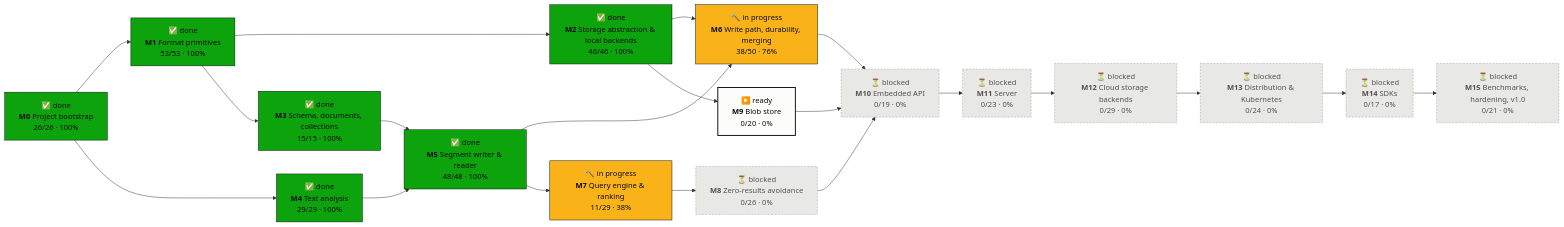
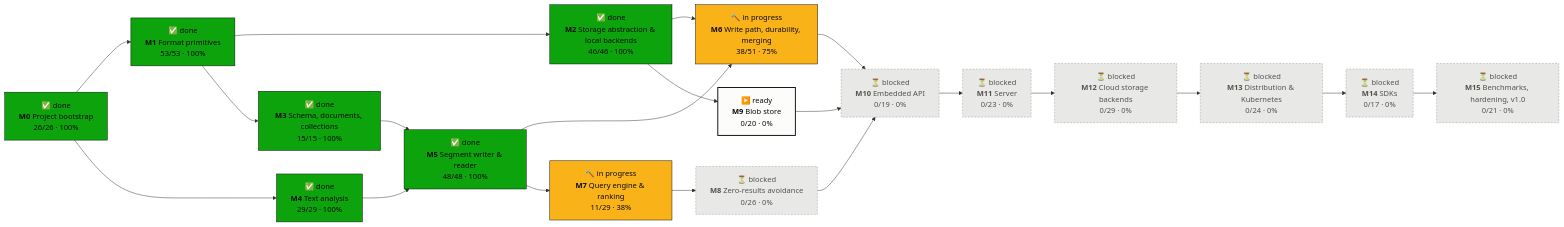
The first of 2 diagrams in PROGRESS.md (tomiok/persiaDB), drawn with Mermaid before and after one commit. The commit also changed other lines of this file and 5 other files, not shown here.

````diff
--- a/PROGRESS.md
+++ b/PROGRESS.md
@@ -16,42 +16,42 @@
 ```mermaid
 flowchart LR
   M0["✅ done<br/><b>M0</b> Project bootstrap<br/>26/26 · 100%"]:::done
   M1["✅ done<br/><b>M1</b> Format primitives<br/>53/53 · 100%"]:::done
   M2["✅ done<br/><b>M2</b> Storage abstraction & local backends<br/>46/46 · 100%"]:::done
   M3["✅ done<br/><b>M3</b> Schema, documents, collections<br/>15/15 · 100%"]:::done
   M4["✅ done<br/><b>M4</b> Text analysis<br/>29/29 · 100%"]:::done
   M5["✅ done<br/><b>M5</b> Segment writer & reader<br/>48/48 · 100%"]:::done
-  M6["🔨 in progress<br/><b>M6</b> Write path, durability, merging<br/>38/50 · 76%"]:::doing
+  M6["🔨 in progress<br/><b>M6</b> Write path, durability, merging<br/>38/51 · 75%"]:::doing
   M7["🔨 in progress<br/><b>M7</b> Query engine & ranking<br/>11/29 · 38%"]:::doing
   M8["⏳ blocked<br/><b>M8</b> Zero-results avoidance<br/>0/26 · 0%"]:::blocked
   M9["▶️ ready<br/><b>M9</b> Blob store<br/>0/20 · 0%"]:::ready
   M10["⏳ blocked<br/><b>M10</b> Embedded API<br/>0/19 · 0%"]:::blocked
   M11["⏳ blocked<br/><b>M11</b> Server<br/>0/23 · 0%"]:::blocked
   M12["⏳ blocked<br/><b>M12</b> Cloud storage backends<br/>0/29 · 0%"]:::blocked
   M13["⏳ blocked<br/><b>M13</b> Distribution & Kubernetes<br/>0/24 · 0%"]:::blocked
   M14["⏳ blocked<br/><b>M14</b> SDKs<br/>0/17 · 0%"]:::blocked
   M15["⏳ blocked<br/><b>M15</b> Benchmarks, hardening, v1.0<br/>0/21 · 0%"]:::blocked
   M0 --> M1
   M1 --> M2
   M1 --> M3
   M0 --> M4
   M3 --> M5
   M4 --> M5
   M2 --> M6
   M5 --> M6
   M5 --> M7
   M7 --> M8
   M2 --> M9
   M6 --> M10
   M8 --> M10
   M9 --> M10
   M10 --> M11
   M11 --> M12
   M12 --> M13
   M13 --> M14
   M14 --> M15
   classDef done fill:#0ca30c,stroke:#0b0b0b,color:#0b0b0b
   classDef doing fill:#fab219,stroke:#0b0b0b,color:#0b0b0b
   classDef ready fill:#fcfcfb,stroke:#0b0b0b,stroke-width:2px,color:#0b0b0b
   classDef blocked fill:#e8e8e6,stroke:#9a9a96,stroke-dasharray:4 3,color:#52514e
 ```
````
